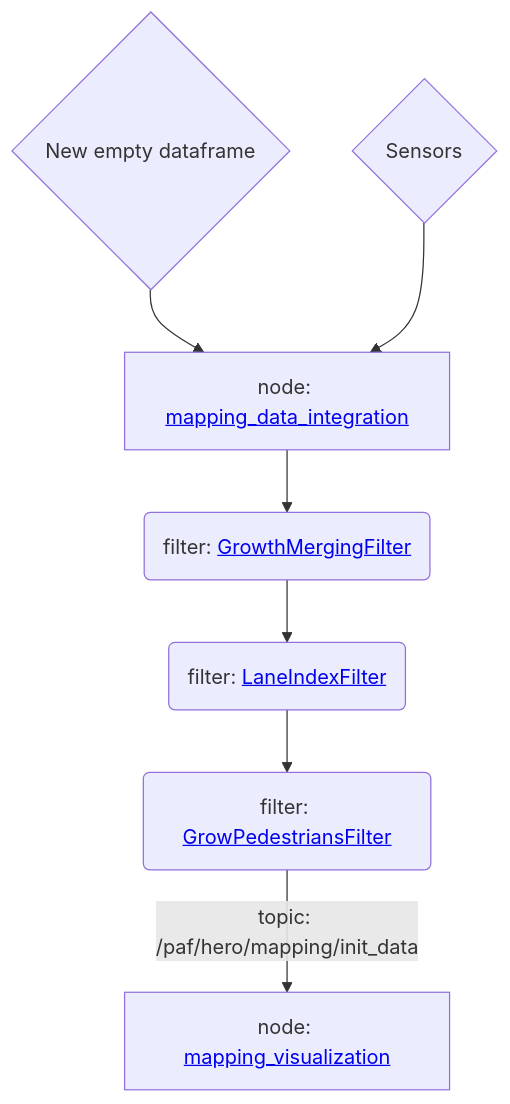
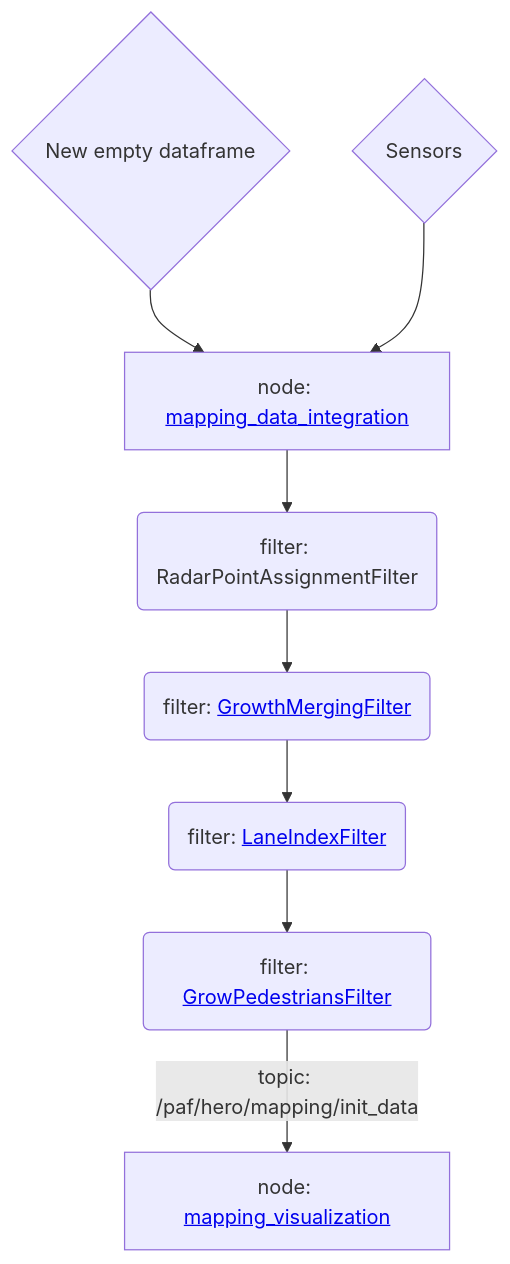
The diagram in doc/mapping/README.md (una-auxme/paf), drawn with Mermaid before and after one commit. The commit also changed other lines of this file and 2 other files, not shown here.

Commit message:
Radar point assignment documentation

````diff
--- a/doc/mapping/README.md
+++ b/doc/mapping/README.md
@@ -71,9 +80,10 @@
 ```mermaid
 flowchart TD
     NF{New empty dataframe} --> A[node: <a href='doc/mapping/generated/nodes.md#mappingdataintegrationnode'>mapping_data_integration</a>]
     S{Sensors} --> A
-    A --> F1(filter: <a href='/doc/mapping/generated/mapping_common/filter.md#growthmergingfilter'>GrowthMergingFilter</a>)
+    A --> F0(filter: RadarPointAssignmentFilter)
+    F0 --> F1(filter: <a href='/doc/mapping/generated/mapping_common/filter.md#growthmergingfilter'>GrowthMergingFilter</a>)
     F1 --> F2(filter: <a href='/doc/mapping/generated/mapping_common/filter.md#laneindexfilter'>LaneIndexFilter</a>)
     F2 --> F3(filter: <a href='/doc/mapping/generated/mapping_common/filter.md#growpedestriansfilter'>GrowPedestriansFilter</a>)
     F3 -->|topic: /paf/hero/mapping/init_data| 1[node: <a href='/code/mapping_visualization/src/visualization.py'>mapping_visualization</a>]
 ```
````
